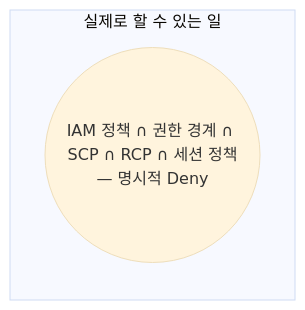
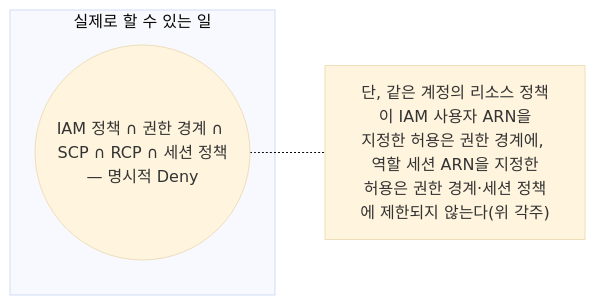
One commit to Ring-wdr/aws-newbie-guide changed the second of 2 diagrams in curriculum/m01-iam-identity/03-policy-evaluation.md. Above: the diagram before and after it, drawn with Mermaid (base theme). The commit also changed other lines of this file and 7 other files, not shown here.

First line of the commit message:
fix(m01): 리소스 정책이 지정한 주체(사용자·역할·역할 세션 ARN)에 따라 평가를 나눔

````diff
--- a/curriculum/m01-iam-identity/03-policy-evaluation.md
+++ b/curriculum/m01-iam-identity/03-policy-evaluation.md
@@ -54,6 +55,8 @@
 ```mermaid
 flowchart LR
   subgraph 최종["실제로 할 수 있는 일"]
     X(("IAM 정책 ∩ 권한 경계 ∩ SCP ∩ RCP ∩ 세션 정책<br/>— 명시적 Deny"))
   end
+  N["단, 같은 계정의 리소스 정책이 IAM 사용자 ARN을<br/>지정한 허용은 권한 경계에, 역할 세션 ARN을 지정한<br/>허용은 권한 경계·세션 정책에 제한되지 않는다(위 각주)"]
+  X -.- N
 ```
````
